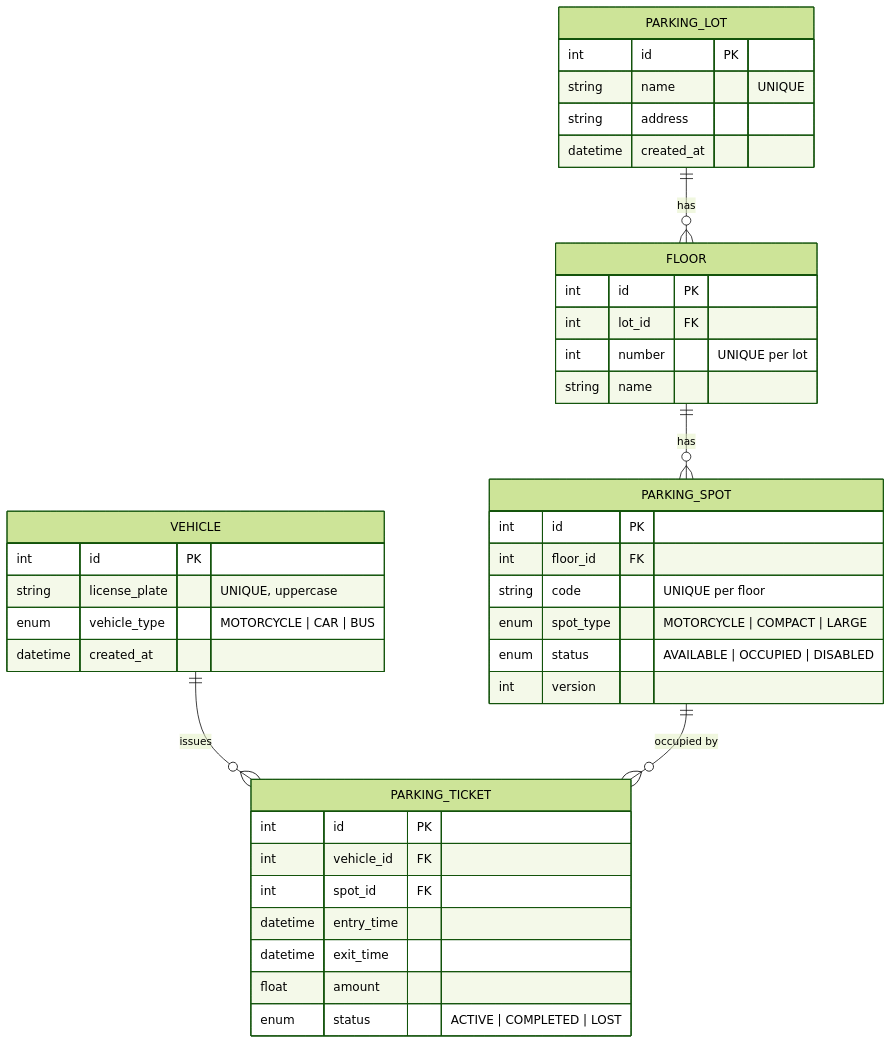
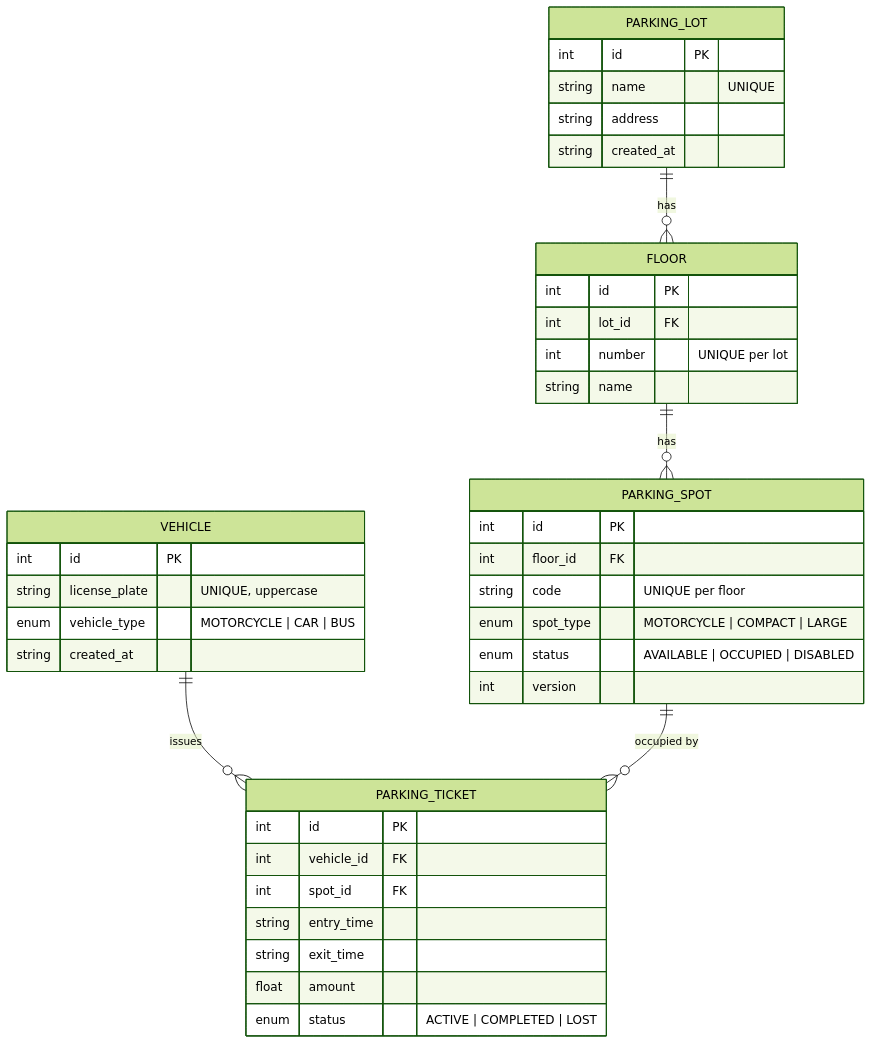
One commit to mayumithapa/smart-parking-lot-system changed the diagram in docs/ER_DIAGRAM.md. Above: the diagram before and after it, drawn with Mermaid (forest theme). The commit also changed other lines of this file and 63 other files, not shown here.

````diff
--- a/docs/ER_DIAGRAM.md
+++ b/docs/ER_DIAGRAM.md
@@ -3,47 +3,47 @@
 ```mermaid
 erDiagram
     PARKING_LOT ||--o{ FLOOR : has
     FLOOR ||--o{ PARKING_SPOT : has
     VEHICLE ||--o{ PARKING_TICKET : "issues"
     PARKING_SPOT ||--o{ PARKING_TICKET : "occupied by"
 
     PARKING_LOT {
         int     id PK
         string  name      "UNIQUE"
         string  address
-        datetime created_at
+        string  created_at
     }
 
     FLOOR {
         int     id PK
         int     lot_id FK
         int     number    "UNIQUE per lot"
         string  name
     }
 
     PARKING_SPOT {
         int     id PK
         int     floor_id FK
         string  code      "UNIQUE per floor"
         enum    spot_type "MOTORCYCLE | COMPACT | LARGE"
         enum    status    "AVAILABLE | OCCUPIED | DISABLED"
         int     version
     }
 
     VEHICLE {
         int     id PK
         string  license_plate "UNIQUE, uppercase"
         enum    vehicle_type  "MOTORCYCLE | CAR | BUS"
-        datetime created_at
+        string  created_at
     }
 
     PARKING_TICKET {
         int     id PK
         int     vehicle_id FK
         int     spot_id FK
-        datetime entry_time
-        datetime exit_time
-        float    amount
-        enum     status   "ACTIVE | COMPLETED | LOST"
+        string  entry_time
+        string  exit_time
+        float   amount
+        enum    status   "ACTIVE | COMPLETED | LOST"
     }
 ```
````
